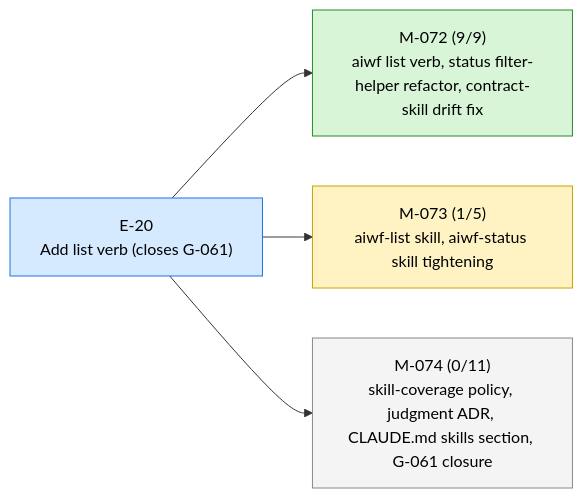
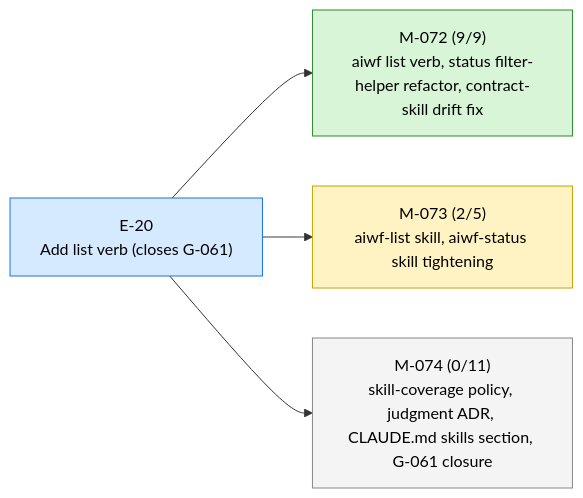
Before and after one commit to 23min/aiwf: the first of 2 diagrams in STATUS.md, drawn with Mermaid. The commit also changed other lines of this file and 1 other file, not shown here.

First line of the commit message:
aiwf promote M-073/AC-2 open -> met

````diff
--- a/STATUS.md
+++ b/STATUS.md
@@ -13,16 +13,16 @@
 ```mermaid
 flowchart LR
   E_20["E-20<br/>Add list verb (closes G-061)"]:::epic_active
   M_072["M-072 (9/9)<br/>aiwf list verb, status filter-helper refactor, contract-skill drift fix"]:::ms_done
   E_20 --> M_072
-  M_073["M-073 (1/5)<br/>aiwf-list skill, aiwf-status skill tightening"]:::ms_in_progress
+  M_073["M-073 (2/5)<br/>aiwf-list skill, aiwf-status skill tightening"]:::ms_in_progress
   E_20 --> M_073
   M_074["M-074 (0/11)<br/>skill-coverage policy, judgment ADR, CLAUDE.md skills section, G-061 closure"]:::ms_draft
   E_20 --> M_074
   classDef epic_active fill:#d6eaff,stroke:#1a73e8,color:#000
   classDef epic_proposed fill:#f4f4f4,stroke:#888,color:#000
   classDef ms_done fill:#d8f5d8,stroke:#2a8a2a,color:#000
   classDef ms_in_progress fill:#fff3c4,stroke:#caa400,color:#000
   classDef ms_draft fill:#f4f4f4,stroke:#888,color:#000
   classDef ms_cancelled fill:#fbeaea,stroke:#c33,color:#000
 ```
````
